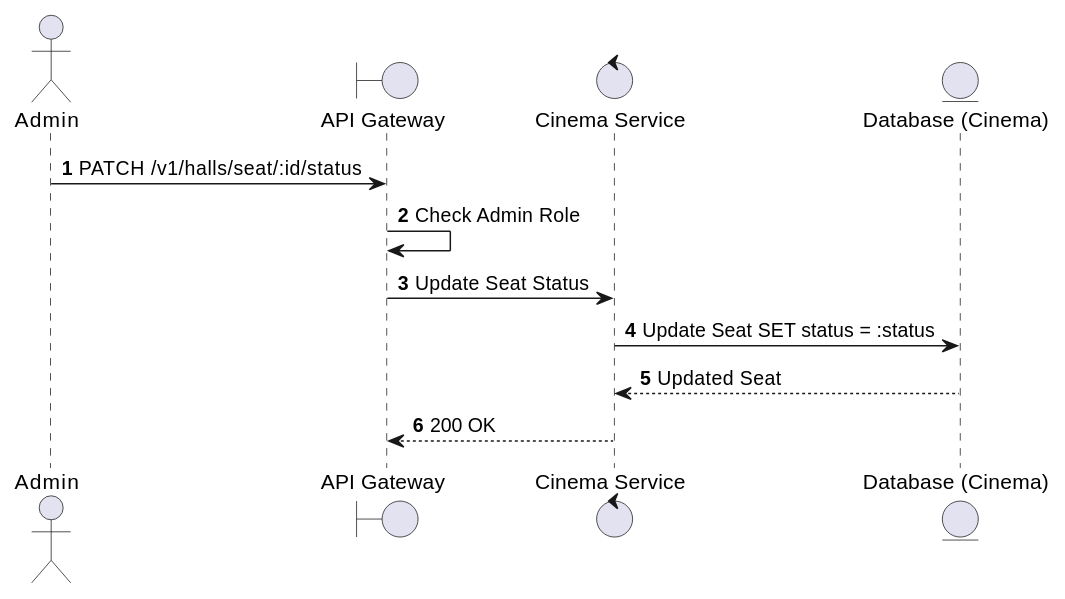
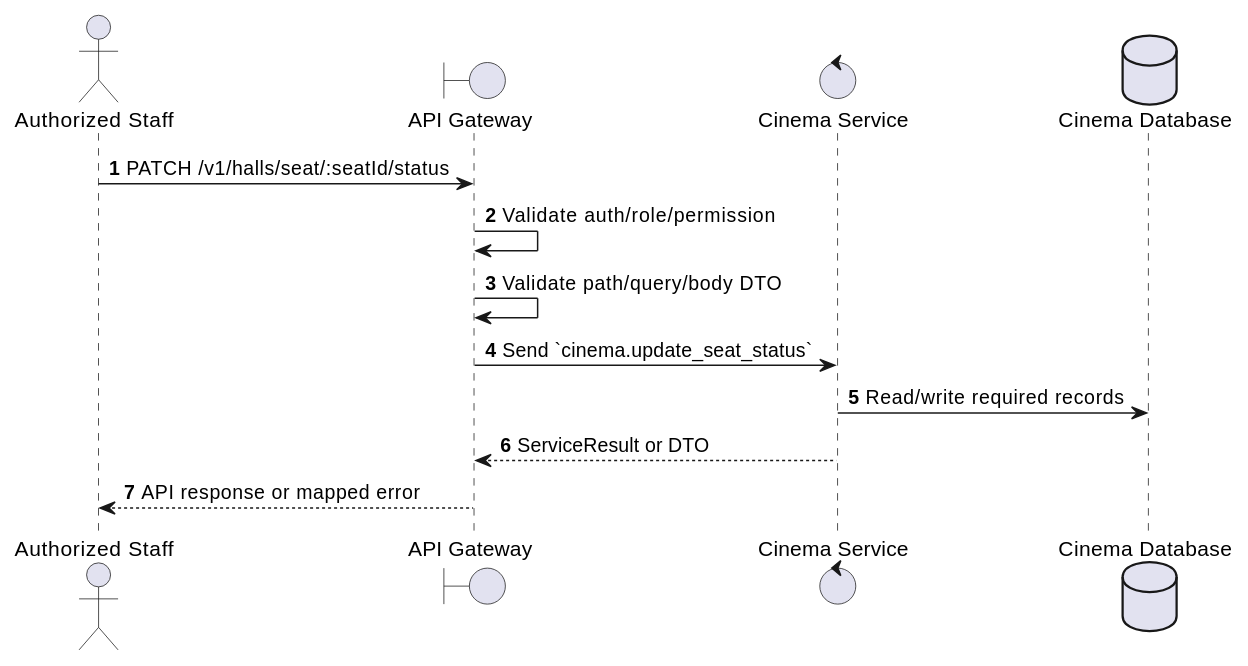
Before and after one commit to Tanh1603/movie-hub-architecture: the first of 2 diagrams in docs/functional_specs/3.2.2_Hall_Management/HM-06_Update_Seat_Status.md, drawn with PlantUML. The commit also changed other lines of this file and 126 other files, not shown here.

````diff
--- a/docs/functional_specs/3.2.2_Hall_Management/HM-06_Update_Seat_Status.md
+++ b/docs/functional_specs/3.2.2_Hall_Management/HM-06_Update_Seat_Status.md
@@ -17,16 +17,17 @@
 ```plantuml
 @startuml
 autonumber
-actor Admin
+actor "Authorized Staff" as Actor
 boundary "API Gateway" as GW
-control "Cinema Service" as CS
-entity "Database (Cinema)" as DB
+control "Cinema Service" as SVC
+database "Cinema Database" as DB
 
-Admin -> GW: PATCH /v1/halls/seat/:id/status
-GW -> GW: Check Admin Role
-GW -> CS: Update Seat Status
-CS -> DB: Update Seat SET status = :status
-DB --> CS: Updated Seat
-CS --> GW: 200 OK
+Actor -> GW: PATCH /v1/halls/seat/:seatId/status
+GW -> GW: Validate auth/role/permission
+GW -> GW: Validate path/query/body DTO
+GW -> SVC: Send `cinema.update_seat_status`
+SVC -> DB: Read/write required records
+SVC --> GW: ServiceResult or DTO
+GW --> Actor: API response or mapped error
 @enduml
 ```
````
